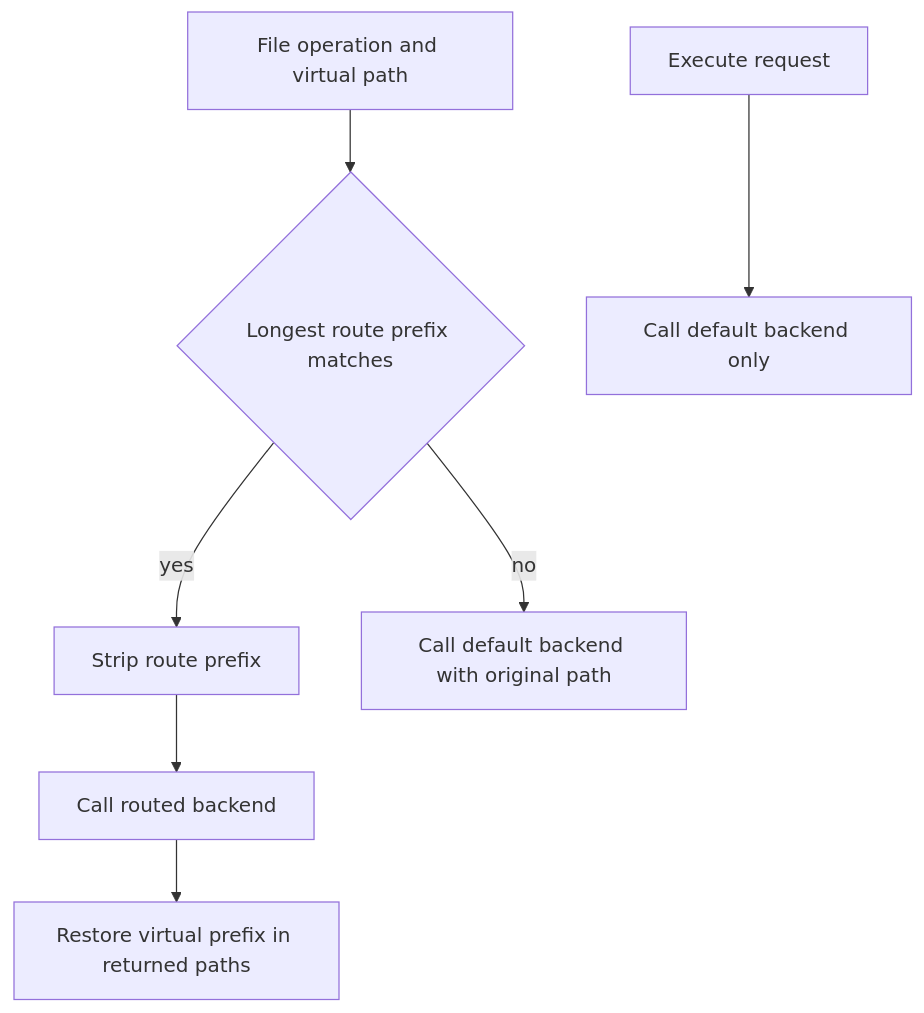
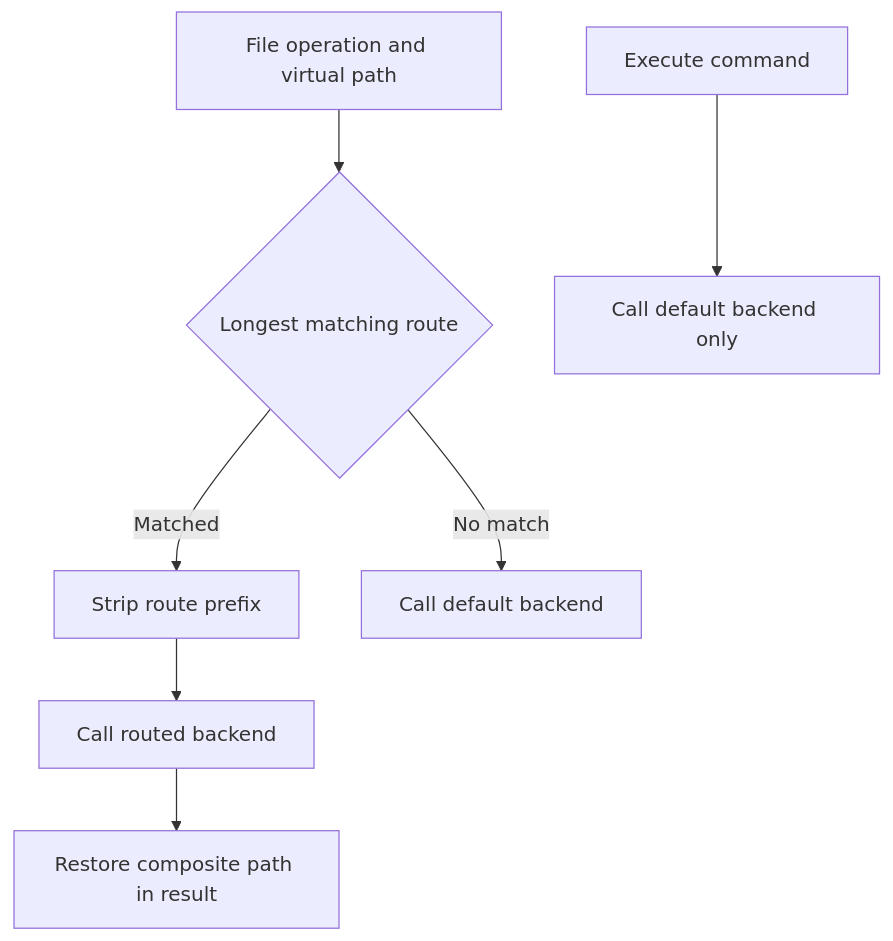
One commit to langchain-ai/deepagents changed the second of 2 diagrams in openwiki/concepts/backends.md. Above: the diagram before and after it, drawn with Mermaid. The commit also changed other lines of this file and 69 other files, not shown here.

````diff
--- a/openwiki/concepts/backends.md
+++ b/openwiki/concepts/backends.md
@@ -112,9 +116,9 @@
 ```mermaid
 flowchart TD
-    Input["File operation and virtual path"] --> Match{"Longest route prefix matches"}
-    Match -->|yes| Strip["Strip route prefix"]
-    Strip --> Routed["Call routed backend"]
-    Routed --> Restore["Restore virtual prefix in returned paths"]
-    Match -->|no| Default["Call default backend with original path"]
-    Command["Execute request"] --> Shell["Call default backend only"]
+    Request["File operation and virtual path"] --> Match{"Longest matching route"}
+    Match -->|"Matched"| Strip["Strip route prefix"]
+    Strip --> Target["Call routed backend"]
+    Target --> Restore["Restore composite path in result"]
+    Match -->|"No match"| Default["Call default backend"]
+    Command["Execute command"] --> Exec["Call default backend only"]
 ```
````
